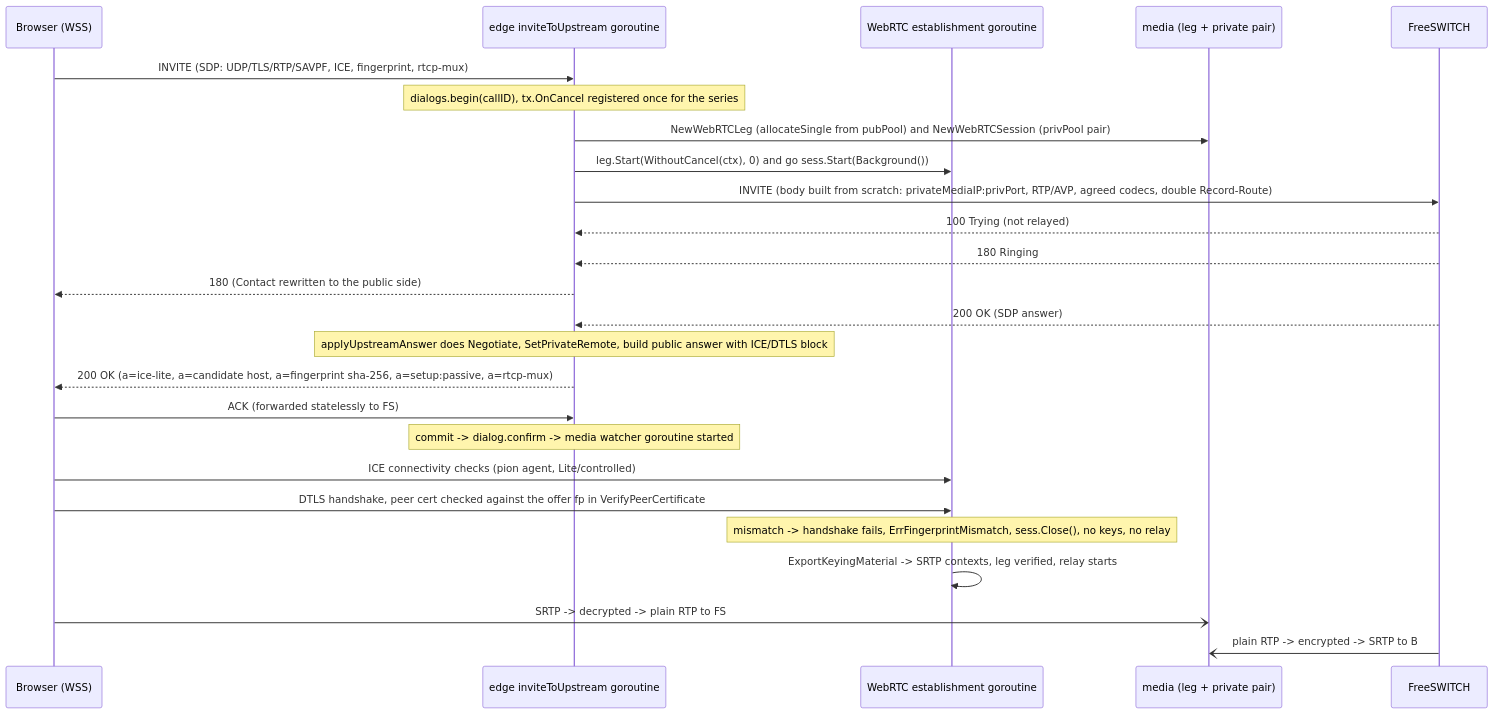
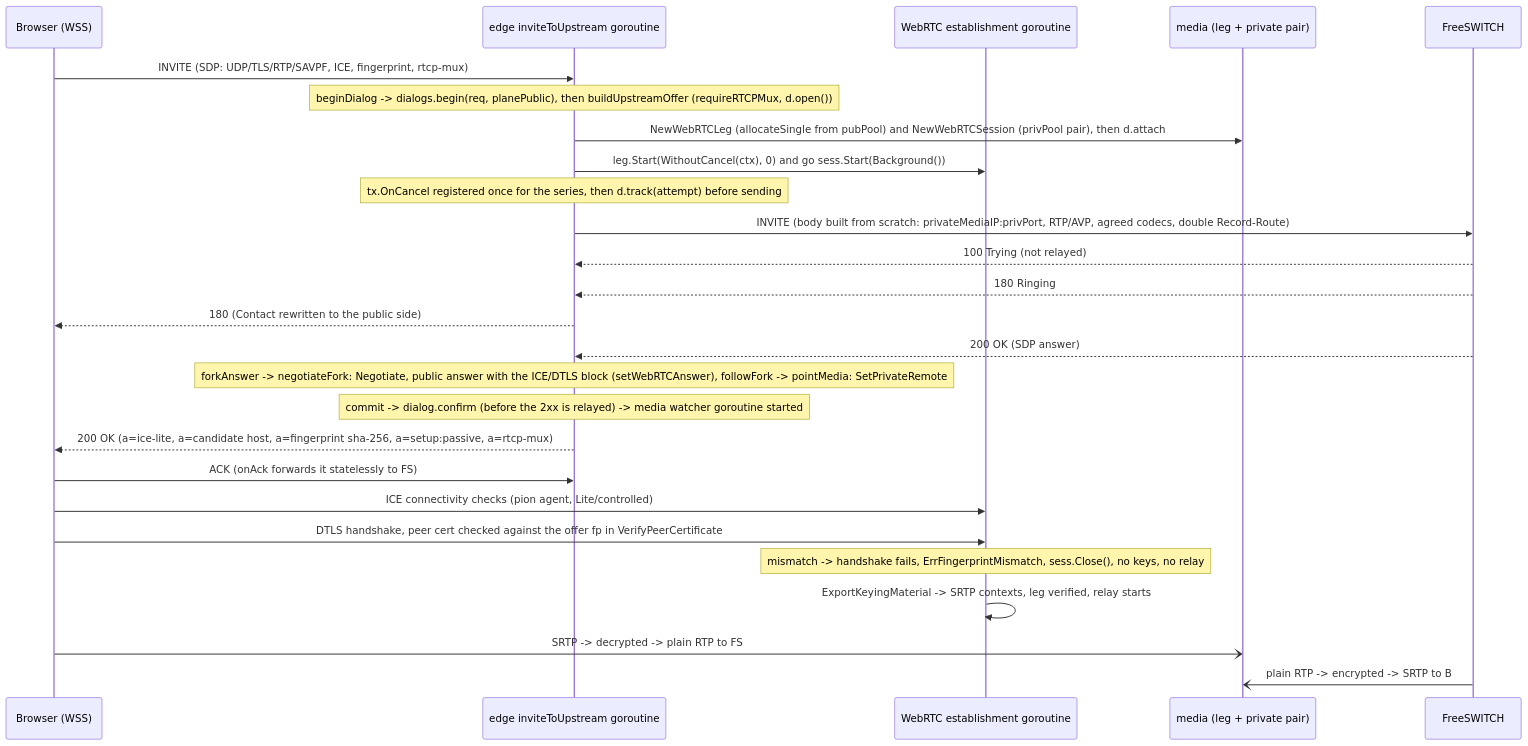
One commit to rasonyang/freesbc changed diagram 14 of 19 in docs/design.md. Above: the diagram before and after it, drawn with Mermaid. The commit also changed other lines of this file and 4 other files, not shown here.

````diff
--- a/docs/design.md
+++ b/docs/design.md
@@ -2686,28 +2797,29 @@
 ```mermaid
 sequenceDiagram
     participant B as Browser (WSS)
     participant H as edge inviteToUpstream goroutine
     participant E as WebRTC establishment goroutine
     participant M as media (leg + private pair)
     participant FS as FreeSWITCH
 
     B->>H: INVITE (SDP: UDP/TLS/RTP/SAVPF, ICE, fingerprint, rtcp-mux)
-    Note over H: dialogs.begin(callID), tx.OnCancel registered once for the series
-    H->>M: NewWebRTCLeg (allocateSingle from pubPool) and NewWebRTCSession (privPool pair)
+    Note over H: beginDialog -> dialogs.begin(req, planePublic), then buildUpstreamOffer (requireRTCPMux, d.open())
+    H->>M: NewWebRTCLeg (allocateSingle from pubPool) and NewWebRTCSession (privPool pair), then d.attach
     H->>E: leg.Start(WithoutCancel(ctx), 0) and go sess.Start(Background())
+    Note over H: tx.OnCancel registered once for the series, then d.track(attempt) before sending
     H->>FS: INVITE (body built from scratch: privateMediaIP:privPort, RTP/AVP, agreed codecs, double Record-Route)
     FS-->>H: 100 Trying (not relayed)
     FS-->>H: 180 Ringing
     H-->>B: 180 (Contact rewritten to the public side)
     FS-->>H: 200 OK (SDP answer)
-    Note over H: applyUpstreamAnswer does Negotiate, SetPrivateRemote, build public answer with ICE/DTLS block
+    Note over H: forkAnswer -> negotiateFork: Negotiate, public answer with the ICE/DTLS block (setWebRTCAnswer), followFork -> pointMedia: SetPrivateRemote
+    Note over H: commit -> dialog.confirm (before the 2xx is relayed) -> media watcher goroutine started
     H-->>B: 200 OK (a=ice-lite, a=candidate host, a=fingerprint sha-256, a=setup:passive, a=rtcp-mux)
-    B->>H: ACK (forwarded statelessly to FS)
-    Note over H: commit -> dialog.confirm -> media watcher goroutine started
+    B->>H: ACK (onAck forwards it statelessly to FS)
     B->>E: ICE connectivity checks (pion agent, Lite/controlled)
     B->>E: DTLS handshake, peer cert checked against the offer fp in VerifyPeerCertificate
     Note over E: mismatch -> handshake fails, ErrFingerprintMismatch, sess.Close(), no keys, no relay
     E->>E: ExportKeyingMaterial -> SRTP contexts, leg verified, relay starts
     B-)M: SRTP -> decrypted -> plain RTP to FS
     FS-)M: plain RTP -> encrypted -> SRTP to B
 ```
````
